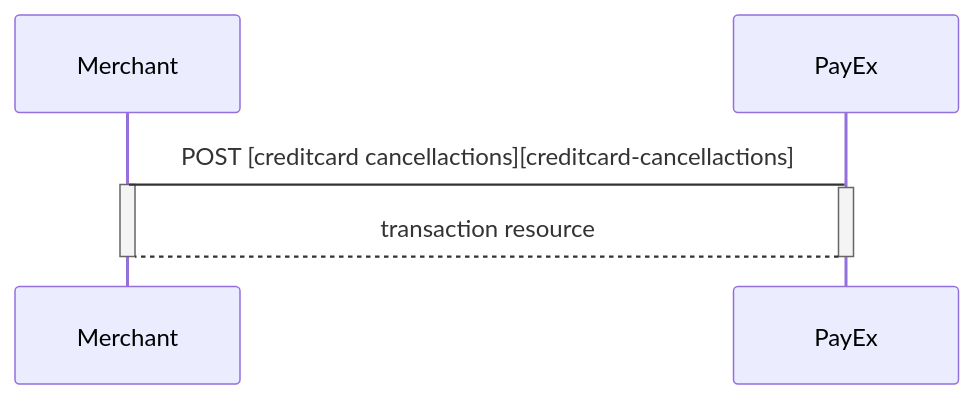
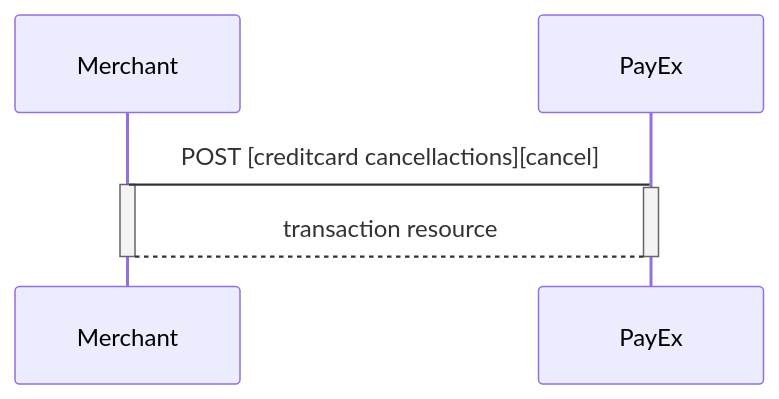
The second of 10 diagrams in payments/credit-card/after-payment.md (SwedbankPay/developer.swedbankpay.com), drawn with Mermaid before and after one commit. The commit also changed other lines of this file and 5 other files, not shown here.

````diff
--- a/payments/credit-card/after-payment.md
+++ b/payments/credit-card/after-payment.md
@@ -368,9 +370,9 @@
 ```mermaid
 sequenceDiagram
-  Merchant->PayEx: POST [creditcard cancellactions][creditcard-cancellactions]
+  Merchant->PayEx: POST [creditcard cancellactions][cancel]
   Activate Merchant
   Activate PayEx
   PayEx-->Merchant: transaction resource
   Deactivate PayEx
   Deactivate Merchant
 ```
````
